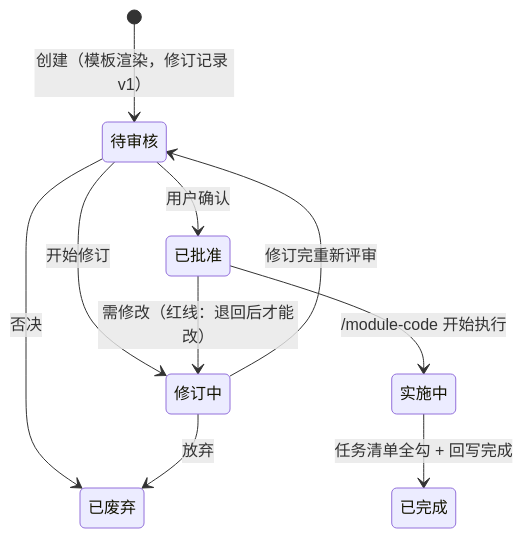
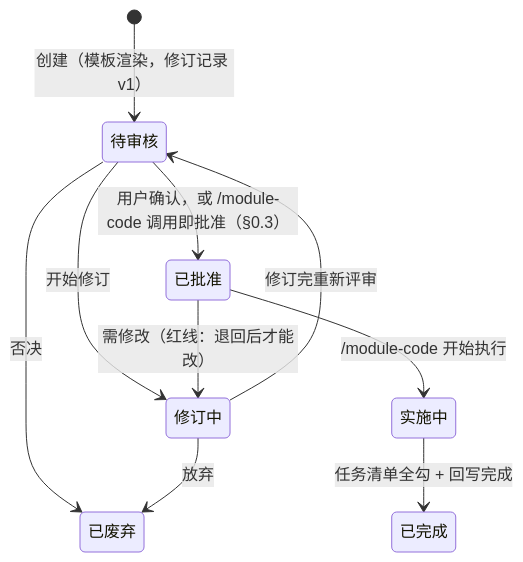
Before and after one commit to knight-peter/doc-framework: the second of 3 diagrams in docs/设计文档.md, drawn with Mermaid. The commit also changed other lines of this file and 21 other files, not shown here.

````diff
--- a/docs/设计文档.md
+++ b/docs/设计文档.md
@@ -186,12 +186,12 @@
 ```mermaid
 stateDiagram-v2
     [*] --> 待审核: 创建（模板渲染，修订记录 v1）
     待审核 --> 修订中: 开始修订
     修订中 --> 待审核: 修订完重新评审
-    待审核 --> 已批准: 用户确认
+    待审核 --> 已批准: 用户确认，或 /module-code 调用即批准（§0.3）
     已批准 --> 修订中: 需修改（红线：退回后才能改）
     已批准 --> 实施中: /module-code 开始执行
     实施中 --> 已完成: 任务清单全勾 + 回写完成
     待审核 --> 已废弃: 否决
     修订中 --> 已废弃: 放弃
 ```
````
